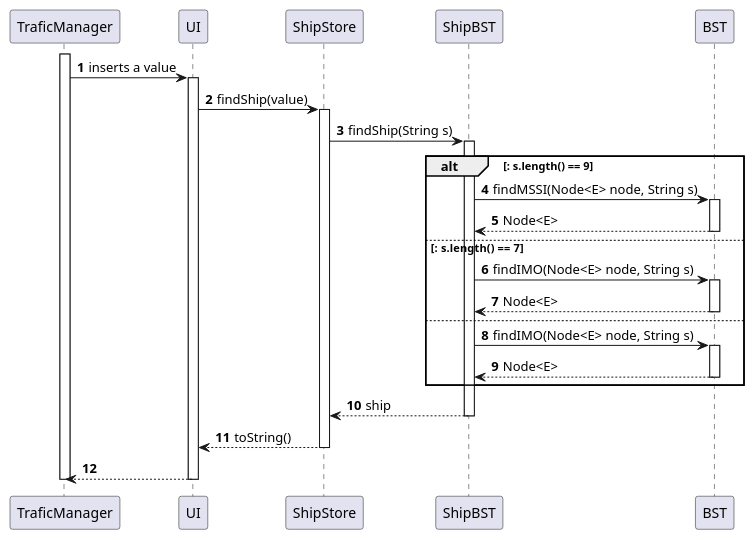
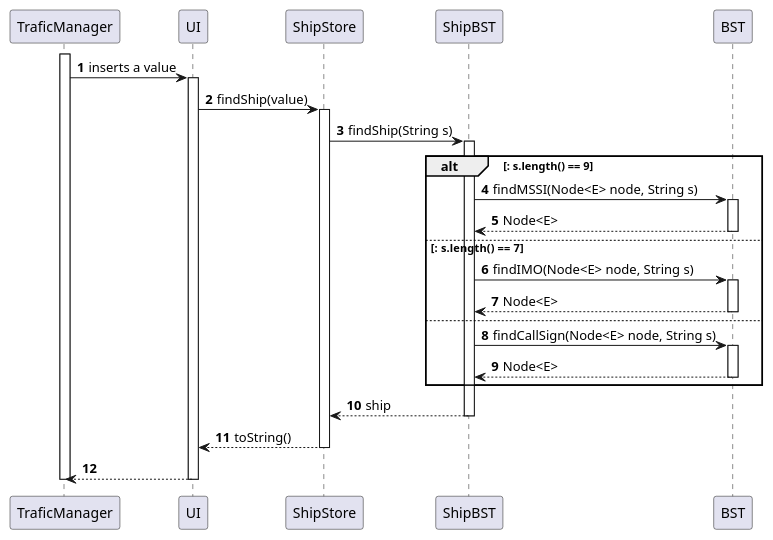
One commit to jsmarques98/LAPR3-ISEP changed the diagram in docs/Sprint 1/SD_US102.puml. Above: the diagram before and after it, drawn with PlantUML. The commit also changed 2 other files, not shown here.

```diff
--- a/docs/Sprint 1/SD_US102.puml
+++ b/docs/Sprint 1/SD_US102.puml
@@ -1,46 +1,46 @@
 @startuml
 'https://plantuml.com/sequence-diagram
 
 autonumber
 
 participant "TraficManager" as tm
 participant "UI" as ui
 participant "ShipStore" as store
 participant "ShipBST" as sbst
 participant "BST" as bst
 
 
 
 activate tm
     tm->ui : inserts a value
     activate ui
         ui->store : findShip(value)
         activate store
             store->sbst : findShip(String s)
             activate sbst
                     alt : s.length() == 9
                     sbst->bst : findMSSI(Node<E> node, String s)
                     activate bst
                     bst-->sbst : Node<E>
                     deactivate bst
                     else :  s.length() == 7
                     sbst->bst : findIMO(Node<E> node, String s)
                     activate bst
                     bst-->sbst : Node<E>
                     deactivate bst
                     else
-                    sbst->bst : findIMO(Node<E> node, String s)
+                    sbst->bst : findCallSign(Node<E> node, String s)
                     activate bst
                     bst-->sbst : Node<E>
                     deactivate bst
                     end
                 sbst --> store : ship
             deactivate sbst
             store --> ui : toString()
         deactivate store
         ui --> tm
     deactivate ui
 deactivate tm
 
 
 @enduml
```
